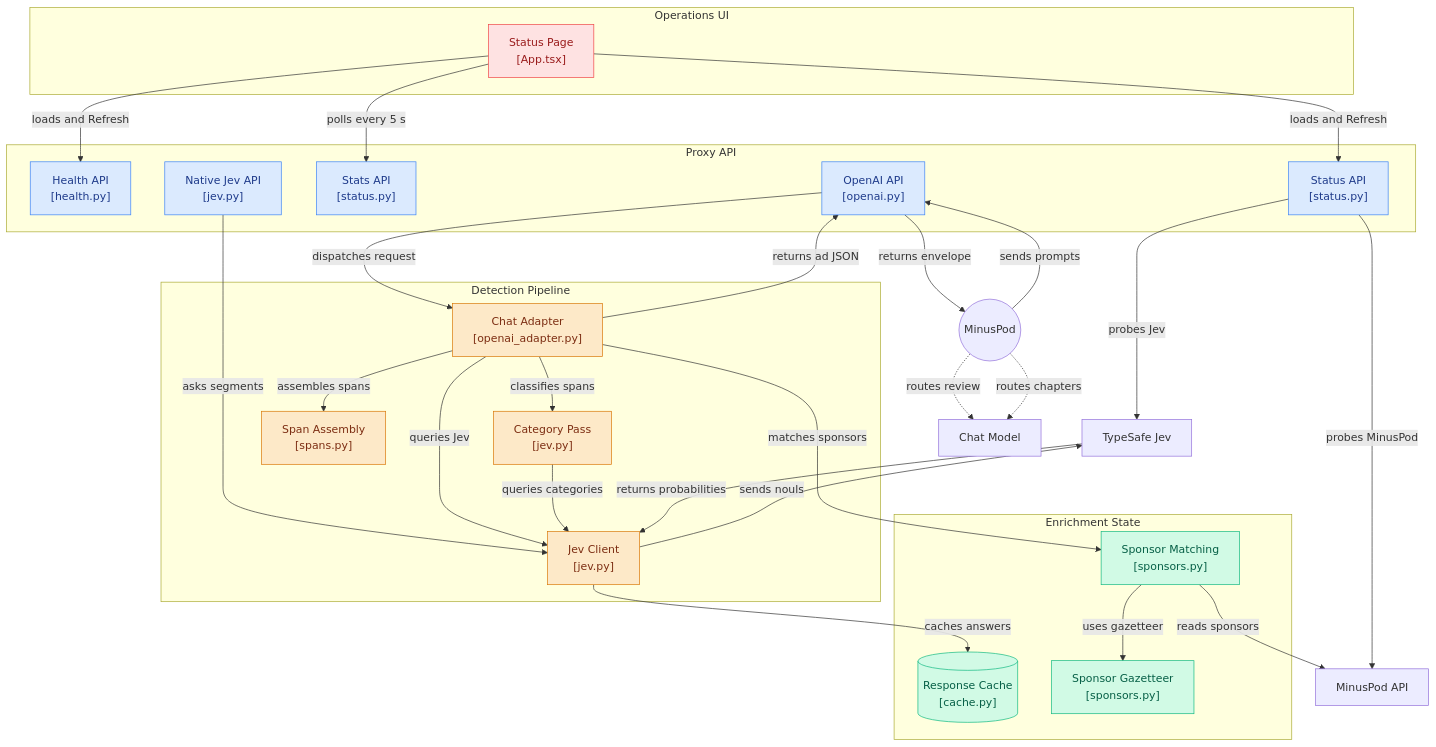
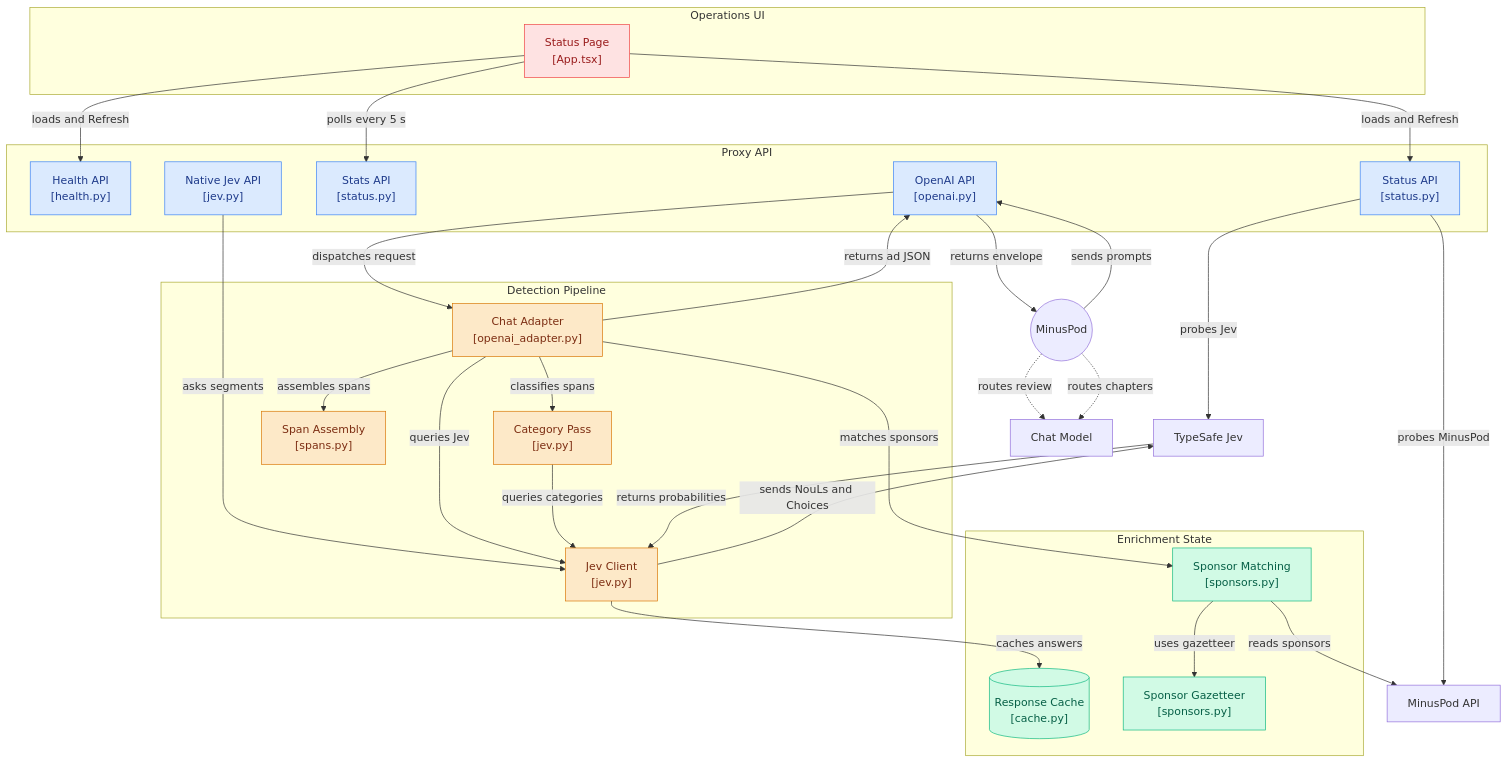
Before and after one commit to ttlequals0/MinusPodJev: the diagram in docs/how-it-works.md, drawn with Mermaid. The commit also changed other lines of this file and 12 other files, not shown here.

````diff
--- a/docs/how-it-works.md
+++ b/docs/how-it-works.md
@@ -34,69 +34,69 @@
 ```mermaid
 flowchart TD
   subgraph ops["Operations UI"]
     statuspage["Status Page<br/>[App.tsx]"]
   end
 
   subgraph proxyapi["Proxy API"]
     health["Health API<br/>[health.py]"]
     status["Status API<br/>[status.py]"]
     stats["Stats API<br/>[status.py]"]
     nativejev["Native Jev API<br/>[jev.py]"]
     openai["OpenAI API<br/>[openai.py]"]
   end
 
   subgraph pipeline["Detection Pipeline"]
     adapter["Chat Adapter<br/>[openai_adapter.py]"]
     category["Category Pass<br/>[jev.py]"]
     spans["Span Assembly<br/>[spans.py]"]
     jevclient["Jev Client<br/>[jev.py]"]
   end
 
   subgraph enrich["Enrichment State"]
     cache[("Response Cache<br/>[cache.py]")]
     sponsors["Sponsor Matching<br/>[sponsors.py]"]
     gazetteer["Sponsor Gazetteer<br/>[sponsors.py]"]
   end
 
   typesafe["TypeSafe Jev"]
   minuspod((MinusPod))
   chatmodel["Chat Model"]
   mpapi["MinusPod API"]
 
   statuspage -->|loads and Refresh| health
   statuspage -->|loads and Refresh| status
   statuspage -->|polls every 5 s| stats
   status -->|probes Jev| typesafe
   status -->|probes MinusPod| mpapi
 
   minuspod -->|sends prompts| openai
   openai -->|returns envelope| minuspod
   openai -->|dispatches request| adapter
   adapter -->|returns ad JSON| openai
   nativejev -->|asks segments| jevclient
 
   adapter -->|classifies spans| category
   adapter -->|assembles spans| spans
   adapter -->|queries Jev| jevclient
   category -->|queries categories| jevclient
   adapter -->|matches sponsors| sponsors
 
-  jevclient -->|sends nouls| typesafe
+  jevclient -->|sends NouLs and Choices| typesafe
   typesafe -->|returns probabilities| jevclient
   jevclient -->|caches answers| cache
 
   sponsors -->|uses gazetteer| gazetteer
   sponsors -->|reads sponsors| mpapi
 
   minuspod -.->|routes review| chatmodel
   minuspod -.->|routes chapters| chatmodel
 
   classDef proxyc fill:#dbeafe,stroke:#3b82f6,color:#1e3a8a
   classDef pipec fill:#fde9c8,stroke:#d97706,color:#7c2d12
   classDef enrichc fill:#d1fae5,stroke:#10b981,color:#065f46
   classDef statusc fill:#fee2e2,stroke:#ef4444,color:#991b1b
   class health,status,stats,nativejev,openai proxyc
   class adapter,category,spans,jevclient pipec
   class cache,sponsors,gazetteer enrichc
   class statuspage statusc
 ```
````
